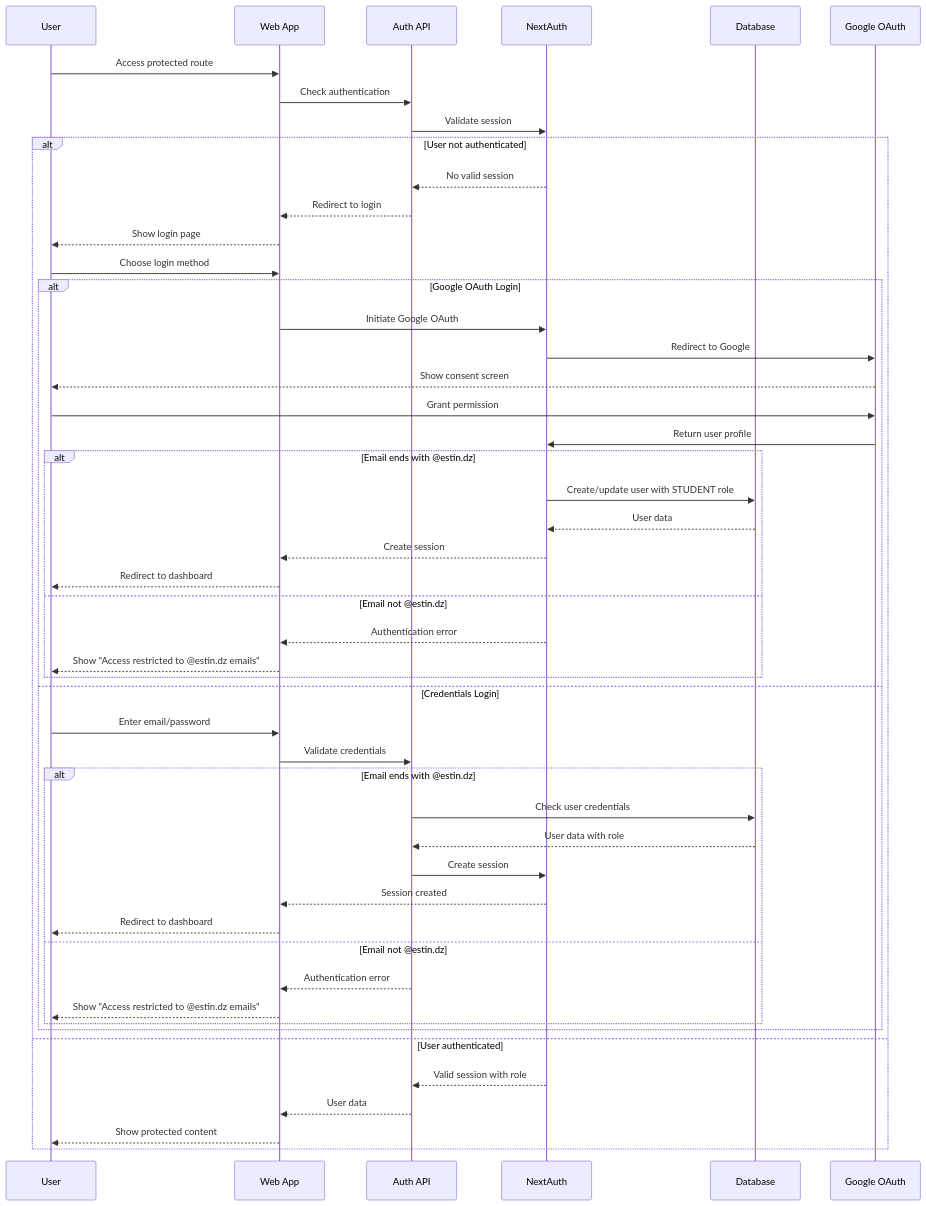
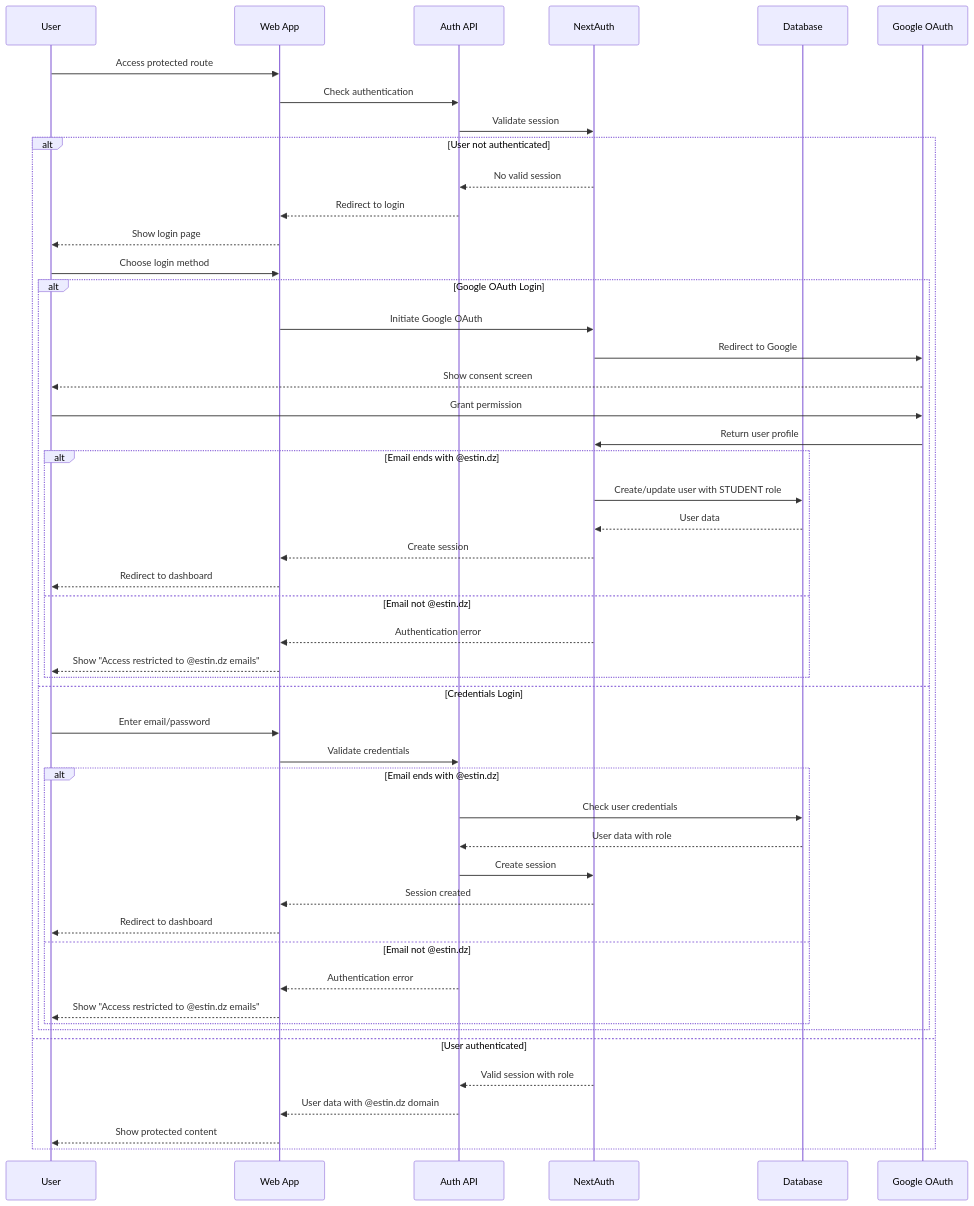
Before and after one commit to H3xKatana/EstinBib-new: the third of 12 diagrams in README.md, drawn with Mermaid. The commit also changed other lines of this file, not shown here.

````diff
--- a/README.md
+++ b/README.md
@@ -230,58 +258,58 @@
 ```mermaid
 sequenceDiagram
     participant U as User
     participant WEB as Web App
     participant AUTH as Auth API
     participant NEXTAUTH as NextAuth
     participant DB as Database
     participant GOOGLE as Google OAuth
     
     U->>WEB: Access protected route
     WEB->>AUTH: Check authentication
     AUTH->>NEXTAUTH: Validate session
     
     alt User not authenticated
         NEXTAUTH-->>AUTH: No valid session
         AUTH-->>WEB: Redirect to login
         WEB-->>U: Show login page
         
         U->>WEB: Choose login method
         alt Google OAuth Login
             WEB->>NEXTAUTH: Initiate Google OAuth
             NEXTAUTH->>GOOGLE: Redirect to Google
             GOOGLE-->>U: Show consent screen
             U->>GOOGLE: Grant permission
             GOOGLE->>NEXTAUTH: Return user profile
             
             alt Email ends with @estin.dz
                 NEXTAUTH->>DB: Create/update user with STUDENT role
                 DB-->>NEXTAUTH: User data
                 NEXTAUTH-->>WEB: Create session
                 WEB-->>U: Redirect to dashboard
             else Email not @estin.dz
                 NEXTAUTH-->>WEB: Authentication error
                 WEB-->>U: Show "Access restricted to @estin.dz emails"
             end
             
         else Credentials Login
             U->>WEB: Enter email/password
             WEB->>AUTH: Validate credentials
             
             alt Email ends with @estin.dz
                 AUTH->>DB: Check user credentials
                 DB-->>AUTH: User data with role
                 AUTH->>NEXTAUTH: Create session
                 NEXTAUTH-->>WEB: Session created
                 WEB-->>U: Redirect to dashboard
             else Email not @estin.dz
                 AUTH-->>WEB: Authentication error
                 WEB-->>U: Show "Access restricted to @estin.dz emails"
             end
         end
         
     else User authenticated
         NEXTAUTH-->>AUTH: Valid session with role
-        AUTH-->>WEB: User data
+        AUTH-->>WEB: User data with @estin.dz domain
         WEB-->>U: Show protected content
     end
 ```
````
